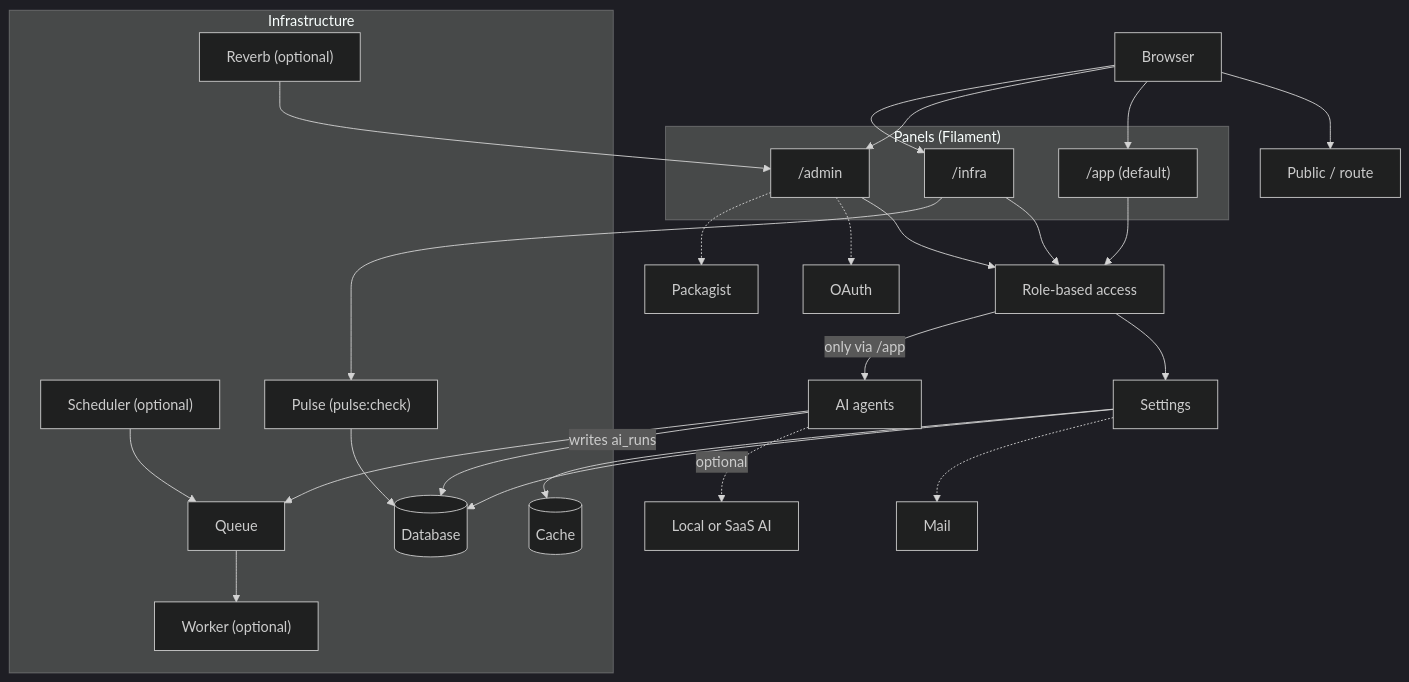
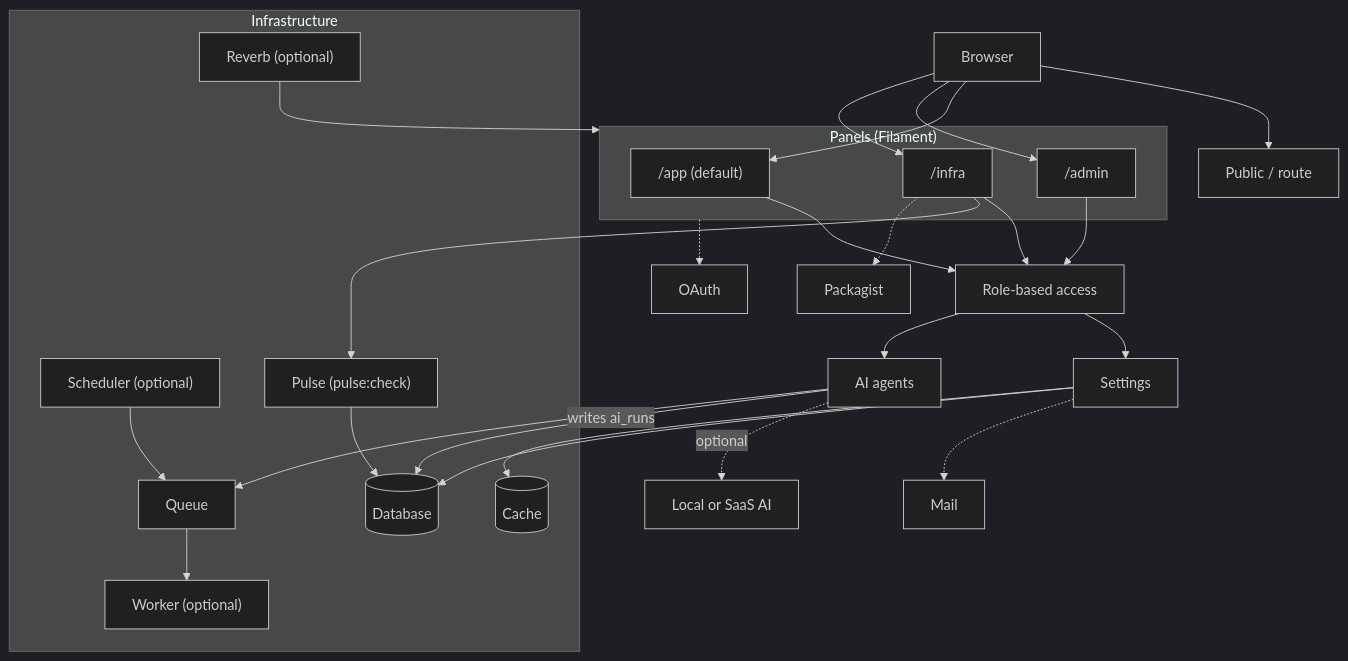
The diagram in README.en.md (gsferro/filament-starter-kit-easy), drawn with Mermaid (dark theme) before and after one commit. The commit also changed other lines of this file and 7 other files, not shown here.

First line of the commit message:
:bug: fix(docs): quatro diagramas que afirmavam o que o codigo nao faz

````diff
--- a/README.en.md
+++ b/README.en.md
@@ -126,42 +126,42 @@
 ```mermaid
 flowchart TD
 %% DG-01
 accTitle: Layered architecture
 accDescr: From the browser to the three Filament panels, through role-based access, down to the database, queue, cache and the optional services.
   navegador[Browser] --> rota_publica["Public / route"]
   navegador --> painel_app
   navegador --> painel_admin
   navegador --> painel_infra
   subgraph camada_paineis ["Panels (Filament)"]
     painel_app["/app (default)"]
     painel_admin["/admin"]
     painel_infra["/infra"]
   end
   painel_app --> acesso_por_papel[Role-based access]
   painel_admin --> acesso_por_papel
   painel_infra --> acesso_por_papel
   acesso_por_papel --> configuracoes[Settings]
-  acesso_por_papel -->|"only via /app"| agentes_ia[AI agents]
+  acesso_por_papel --> agentes_ia[AI agents]
   subgraph camada_infra ["Infrastructure"]
     banco[("Database")]
     fila[Queue]
     cache[("Cache")]
     worker["Worker (optional)"]
     agendador["Scheduler (optional)"]
     reverb["Reverb (optional)"]
     pulse["Pulse (pulse:check)"]
   end
   configuracoes --> banco
   configuracoes --> cache
   agentes_ia -->|"writes ai_runs"| banco
   agentes_ia --> fila
   fila --> worker
   agendador --> fila
-  reverb --> painel_admin
+  reverb --> camada_paineis
   painel_infra --> pulse
   pulse --> banco
   agentes_ia -.->|"optional"| ia_externa["Local or SaaS AI"]
-  painel_admin -.-> oauth["OAuth"]
+  camada_paineis -.-> oauth["OAuth"]
   configuracoes -.-> email_externo["Mail"]
-  painel_admin -.-> packagist["Packagist"]
+  painel_infra -.-> packagist["Packagist"]
 ```
````
